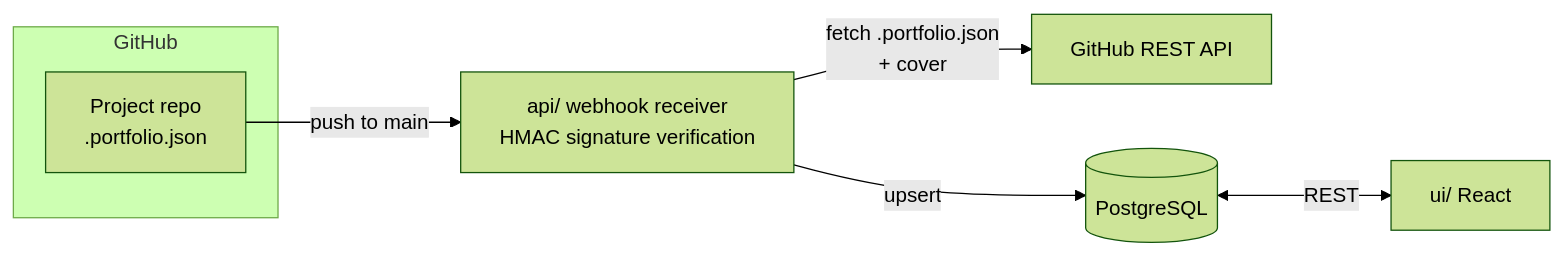
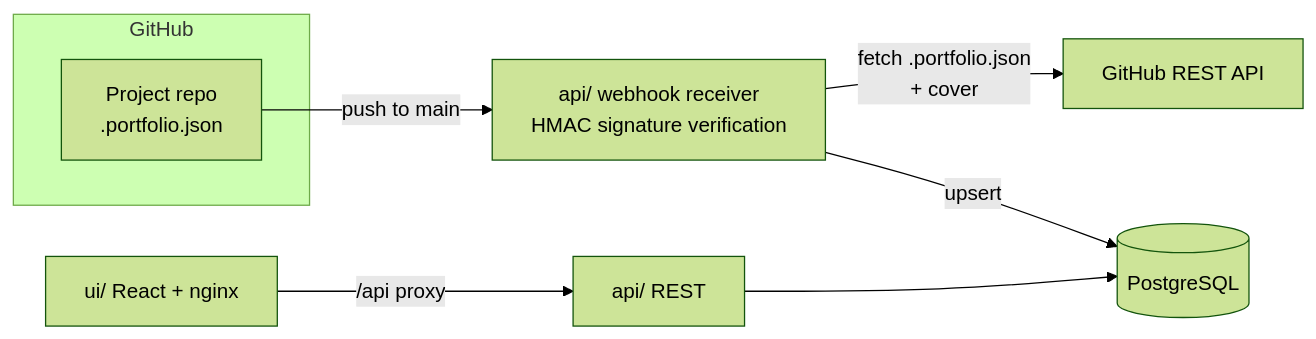
Before and after one commit to abdelaziz-ebourki/portfolio: the diagram in README.md, drawn with Mermaid (forest theme). The commit also changed other lines of this file and 19 other files, not shown here.

````diff
--- a/README.md
+++ b/README.md
@@ -20,10 +20,11 @@
 ```mermaid
 flowchart LR
     subgraph GitHub
         R[Project repo<br/>.portfolio.json]
     end
     R -- "push to main" --> W[api/ webhook receiver<br/>HMAC signature verification]
     W -- fetch .portfolio.json<br/>+ cover --> G[GitHub REST API]
     W -- upsert --> DB[(PostgreSQL)]
-    DB <-- REST --> UI[ui/ React]
+    UI[ui/ React + nginx] -- /api proxy --> API[api/ REST]
+    API --> DB
 ```
````
